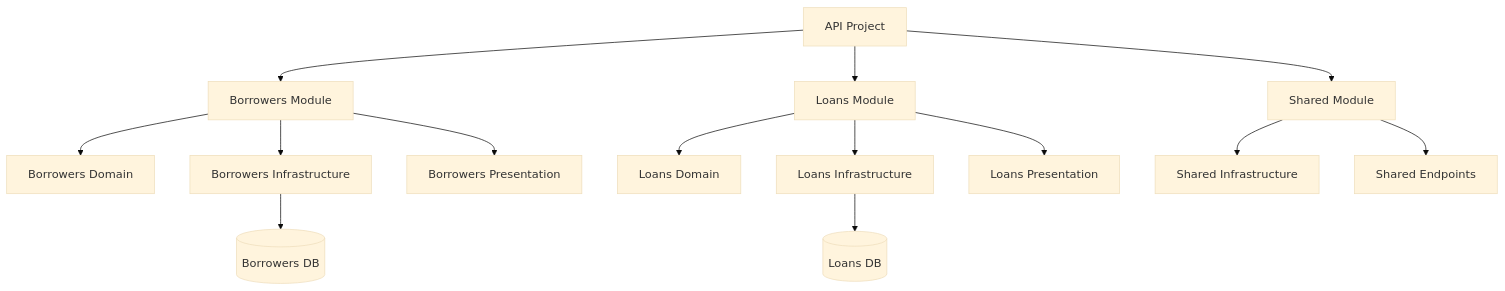
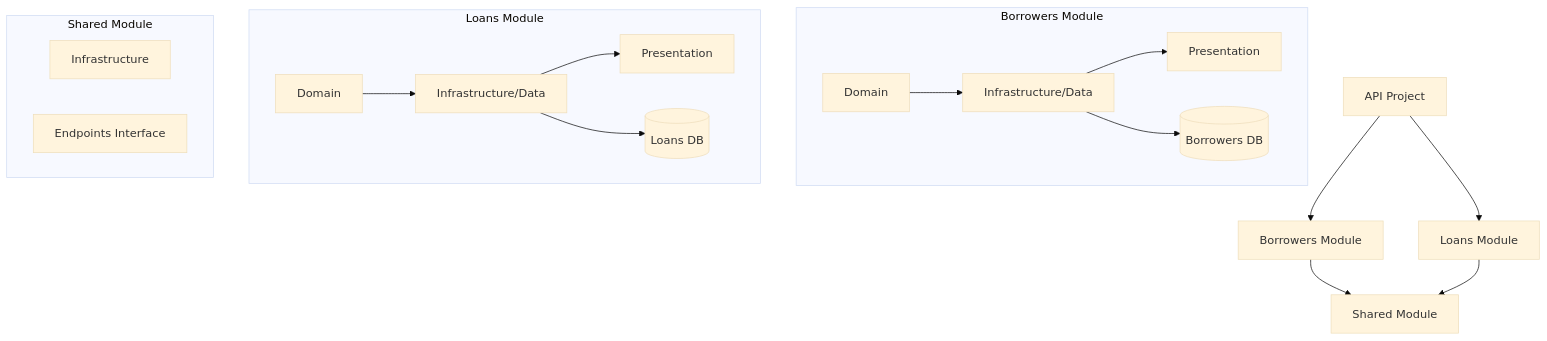
Before and after one commit to emata-ug/Emata.Exercises.LoansManagement: the diagram in docs/module-structure.md, drawn with Mermaid (base theme). The commit also changed other lines of this file and 3 other files, not shown here.

Commit message:
Update documentation: improve architecture, module structure, and README

````diff
--- a/docs/module-structure.md
+++ b/docs/module-structure.md
@@ -73,20 +73,31 @@
 ```mermaid
 graph TB
     API[API Project] --> BM[Borrowers Module]
     API --> LM[Loans Module]
-    API --> SM[Shared Module]
     
-    BM --> BD[Borrowers Domain]
-    BM --> BI[Borrowers Infrastructure]
-    BM --> BP[Borrowers Presentation]
+    subgraph "Borrowers Module"
+        BD[Domain]
+        BI[Infrastructure/Data]
+        BP[Presentation]
+        BD --> BI
+        BI --> BP
+        BI --> BDB[(Borrowers DB)]
+    end
     
-    LM --> LD[Loans Domain]
-    LM --> LI[Loans Infrastructure]
-    LM --> LP[Loans Presentation]
+    subgraph "Loans Module"
+        LD[Domain]
+        LI[Infrastructure/Data]
+        LP[Presentation]
+        LD --> LI
+        LI --> LP
+        LI --> LDB[(Loans DB)]
+    end
     
-    SM --> SI[Shared Infrastructure]
-    SM --> SE[Shared Endpoints]
+    subgraph "Shared Module"
+        SI[Infrastructure]
+        SE[Endpoints Interface]
+    end
     
-    BI --> BDB[(Borrowers DB)]
-    LI --> LDB[(Loans DB)]
+    BM --> SM[Shared Module]
+    LM --> SM
 ```
````
